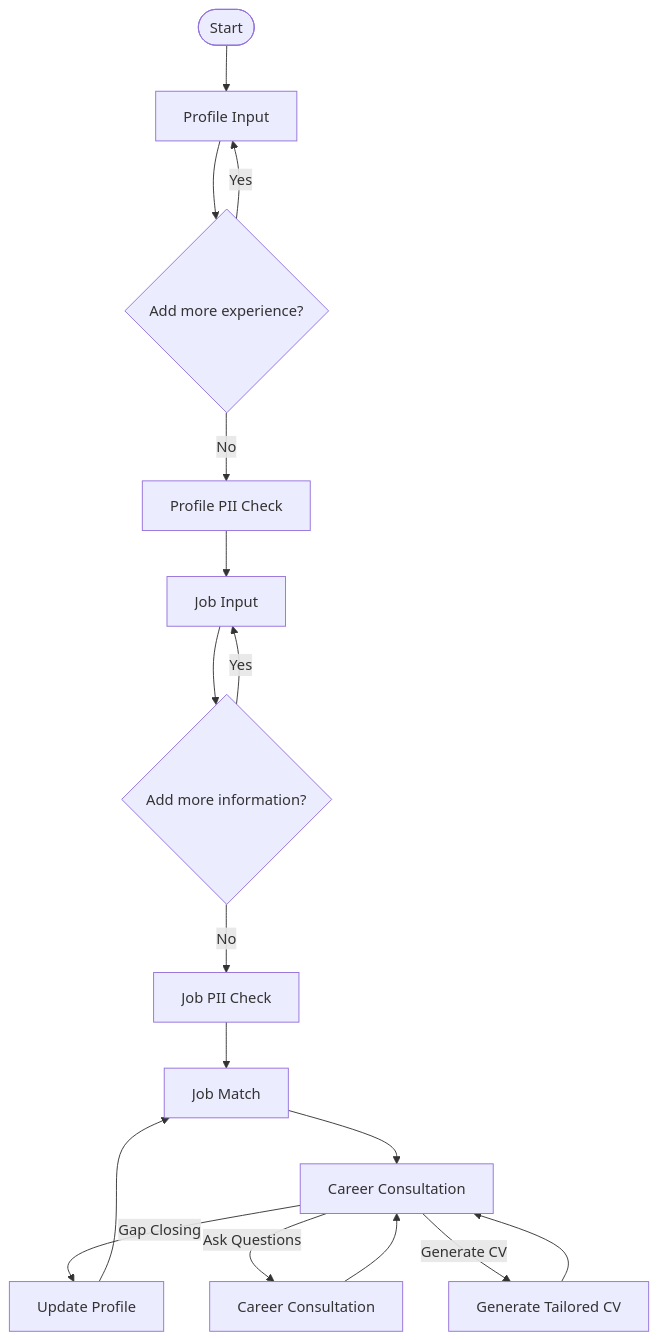
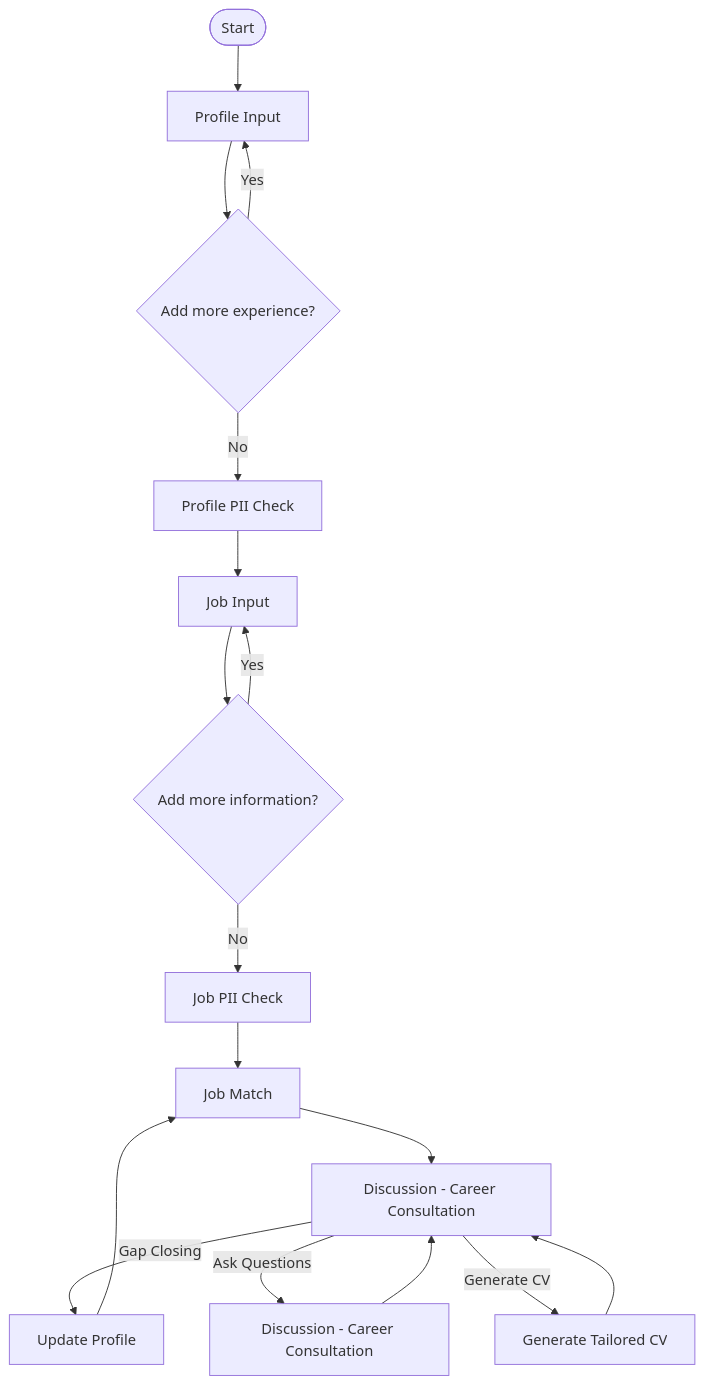
One commit to igorturtschin/JobMirror changed the third of 3 diagrams in README.md. Above: the diagram before and after it, drawn with Mermaid. The commit also changed other lines of this file and 7 other files, not shown here.

````diff
--- a/README.md
+++ b/README.md
@@ -314,34 +321,34 @@
 ```mermaid
 flowchart TD
     Start([Start])
 
     Start --> ProfileInput[Profile Input]
 
     ProfileInput --> ProfileAdd{Add more experience?}
 
     ProfileAdd -->|Yes| ProfileInput
     ProfileAdd -->|No| ProfilePII[Profile PII Check]
 
     ProfilePII --> JobInput[Job Input]
 
     JobInput --> JobAdd{Add more information?}
 
     JobAdd -->|Yes| JobInput
     JobAdd -->|No| JobPII[Job PII Check]
 
     JobPII --> Match[Job Match]
 
-    Match --> Consultation[Career Consultation]
+    Match --> Consultation[Discussion - Career Consultation]
 
     Consultation -->|Gap Closing| Gap[Update Profile]
 
     Gap --> Match
 
-    Consultation -->|Ask Questions| Answer[Career Consultation]
+    Consultation -->|Ask Questions| Answer[Discussion - Career Consultation]
 
     Answer --> Consultation
 
     Consultation -->|Generate CV| CV[Generate Tailored CV]
 
     CV --> Consultation
 ```
````
